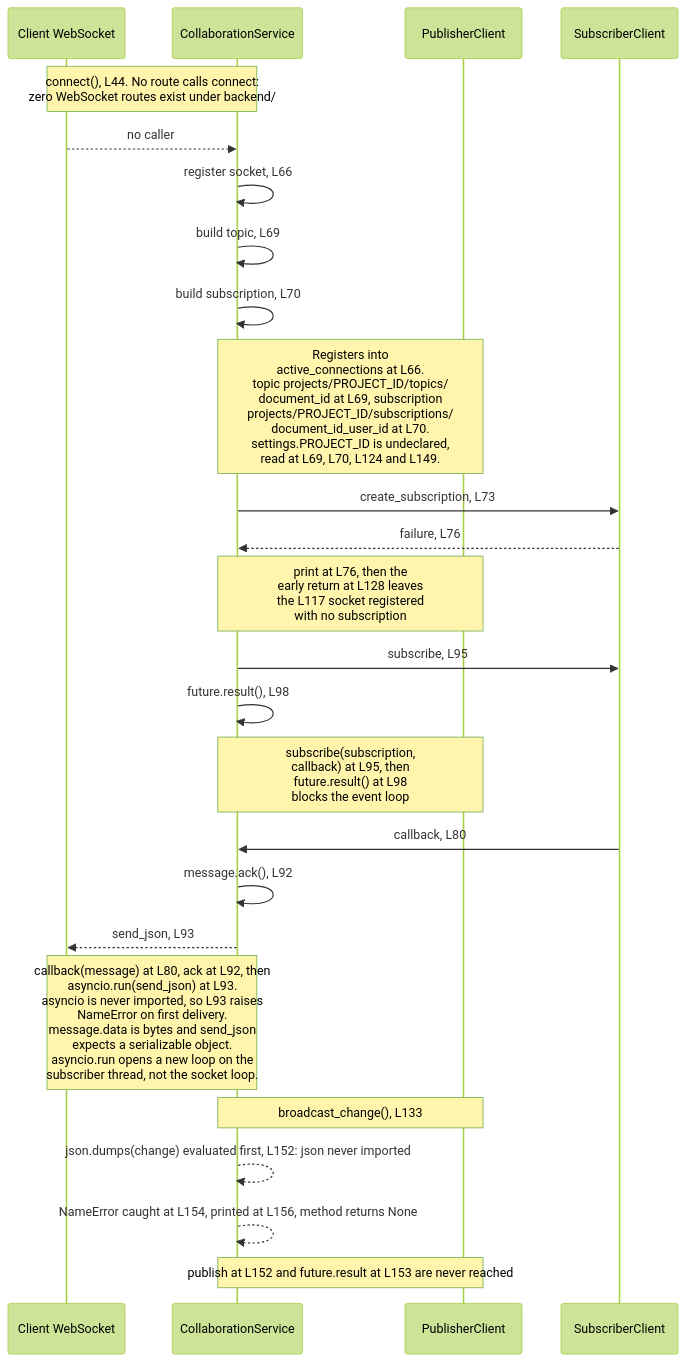
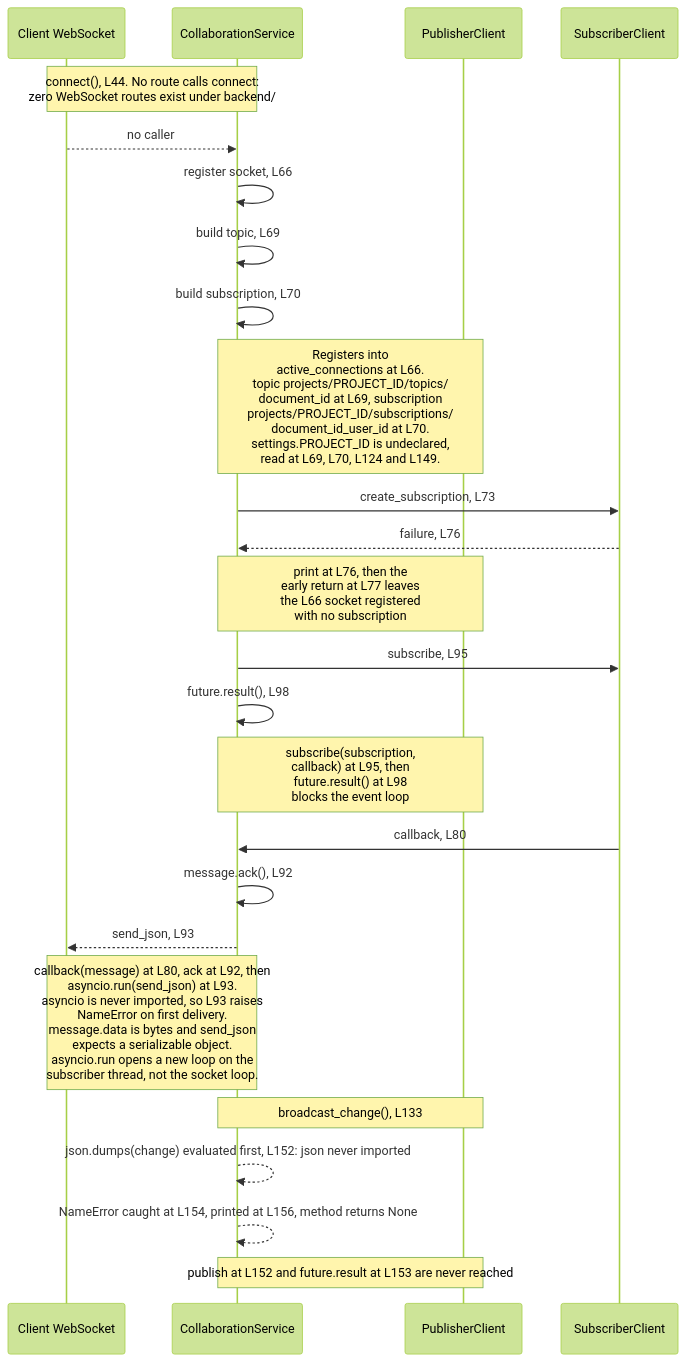
The first of 2 diagrams in backend/app/services/README.md (blitzy-public-samples/microsoft-word-u33ko0), drawn with Mermaid (forest theme) before and after one commit. The commit also changed other lines of this file and 17 other files, not shown here.

````diff
--- a/backend/app/services/README.md
+++ b/backend/app/services/README.md
@@ -130,30 +130,30 @@
 ```mermaid
 sequenceDiagram
     accTitle: The per-document Pub/Sub collaboration fan-out
     accDescr: No route calls connect, so the whole exchange is unreachable. Inside it, an early return leaves a socket registered with no subscription, and two undefined module names raise on first delivery and first publish.
     participant WS as Client WebSocket
     participant CS as CollaborationService
     participant PUB as PublisherClient
     participant SUB as SubscriberClient
 
     Note over WS,CS: connect(), L44. No route calls connect:<br/>zero WebSocket routes exist under backend/
     WS -->> CS: no caller
     CS ->> CS: register socket, L66
     CS ->> CS: build topic, L69
     CS ->> CS: build subscription, L70
     Note over CS,PUB: Registers into<br/>active_connections at L66.<br/>topic projects/PROJECT_ID/topics/<br/>document_id at L69, subscription<br/>projects/PROJECT_ID/subscriptions/<br/>document_id_user_id at L70.<br/>settings.PROJECT_ID is undeclared,<br/>read at L69, L70, L124 and L149.
     CS ->> SUB: create_subscription, L73
     SUB -->> CS: failure, L76
-    Note over CS,PUB: print at L76, then the<br/>early return at L128 leaves<br/>the L117 socket registered<br/>with no subscription
+    Note over CS,PUB: print at L76, then the<br/>early return at L77 leaves<br/>the L66 socket registered<br/>with no subscription
     CS ->> SUB: subscribe, L95
     CS ->> CS: future.result(), L98
     Note over CS,PUB: subscribe(subscription,<br/>callback) at L95, then<br/>future.result() at L98<br/>blocks the event loop
     SUB ->> CS: callback, L80
     CS ->> CS: message.ack(), L92
     CS -->> WS: send_json, L93
     Note over WS,CS: callback(message) at L80, ack at L92, then<br/>asyncio.run(send_json) at L93.<br/>asyncio is never imported, so L93 raises<br/>NameError on first delivery.<br/>message.data is bytes and send_json<br/>expects a serializable object.<br/>asyncio.run opens a new loop on the<br/>subscriber thread, not the socket loop.
     Note over CS,PUB: broadcast_change(), L133
     CS -->> CS: json.dumps(change) evaluated first, L152: json never imported
     CS -->> CS: NameError caught at L154, printed at L156, method returns None
     Note over CS,PUB: publish at L152 and future.result at L153 are never reached
 ```
````
